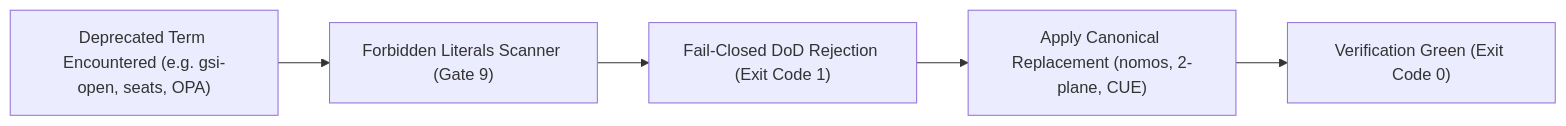
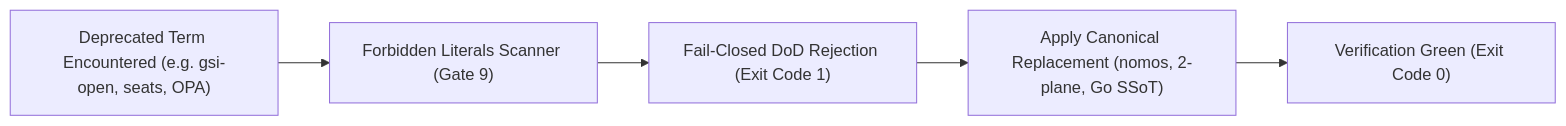
One commit to mgantlett/nomos changed the diagram in substrate/src/nomos/modules/handshake/directives/edit_01_deprecated_terms.md. Above: the diagram before and after it, drawn with Mermaid. The commit also changed other lines of this file and 73 other files, not shown here.

````diff
--- a/substrate/src/nomos/modules/handshake/directives/edit_01_deprecated_terms.md
+++ b/substrate/src/nomos/modules/handshake/directives/edit_01_deprecated_terms.md
@@ -28,7 +28,7 @@
 ```mermaid
 graph LR
     Deprecated["Deprecated Term Encountered (e.g. gsi-open, seats, OPA)"] --> Scanner["Forbidden Literals Scanner (Gate 9)"]
     Scanner --> Reject["Fail-Closed DoD Rejection (Exit Code 1)"]
-    Reject --> Replace["Apply Canonical Replacement (nomos, 2-plane, CUE)"]
+    Reject --> Replace["Apply Canonical Replacement (nomos, 2-plane, Go SSoT)"]
     Replace --> Pass["Verification Green (Exit Code 0)"]
 ```
````
